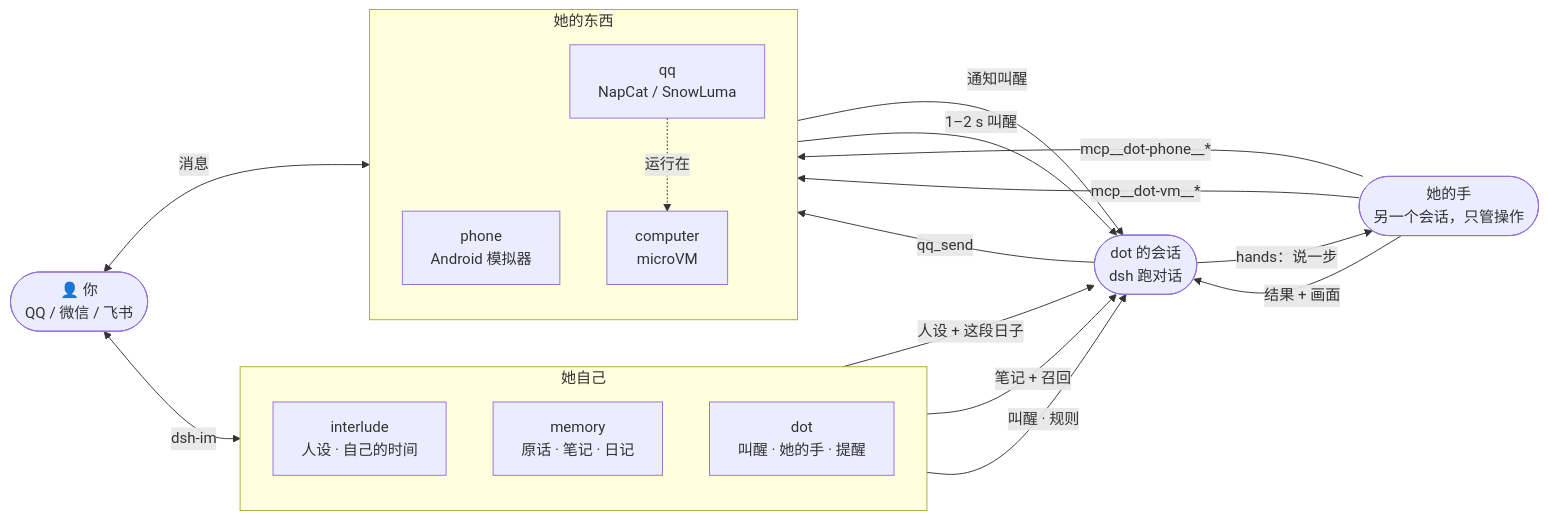
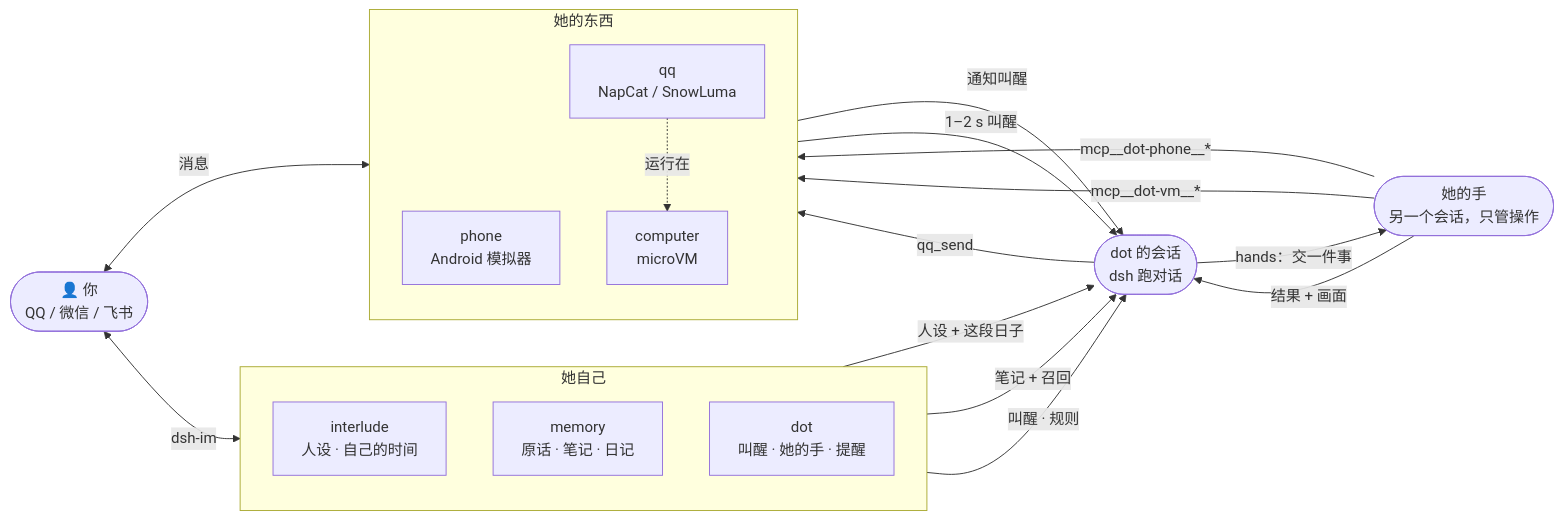
Before and after one commit to Kevinwu901113/dsh-dot: the diagram in README.md, drawn with Mermaid. The commit also changed other lines of this file and 2 other files, not shown here.

````diff
--- a/README.md
+++ b/README.md
@@ -185,32 +185,32 @@
 ```mermaid
 flowchart LR
     you(["👤 你<br/>QQ / 微信 / 飞书"])
     subgraph self["她自己"]
         direction TB
         interlude["interlude<br/>人设 · 自己的时间"]
         memory["memory<br/>原话 · 笔记 · 日记"]
         contact["dot<br/>叫醒 · 她的手 · 提醒"]
     end
     session(["dot 的会话<br/>dsh 跑对话"])
     subgraph things["她的东西"]
         direction TB
         phone["phone<br/>Android 模拟器"]
         computer["computer<br/>microVM"]
         qq["qq<br/>NapCat / SnowLuma"]
     end
 
     you <-->|消息| qq
     you <-->|dsh-im| contact
     interlude -->|人设 + 这段日子| session
     memory -->|笔记 + 召回| session
     contact -->|叫醒 · 规则| session
     hands(["她的手<br/>另一个会话，只管操作"])
-    session -->|hands：说一步| hands
+    session -->|hands：交一件事| hands
     hands -->|结果 + 画面| session
     hands -->|mcp__dot-phone__*| phone
     hands -->|mcp__dot-vm__*| computer
     session -->|qq_send| qq
     phone -->|通知叫醒| session
     qq -->|1–2 s 叫醒| session
     qq -.运行在.-> computer
 ```
````
